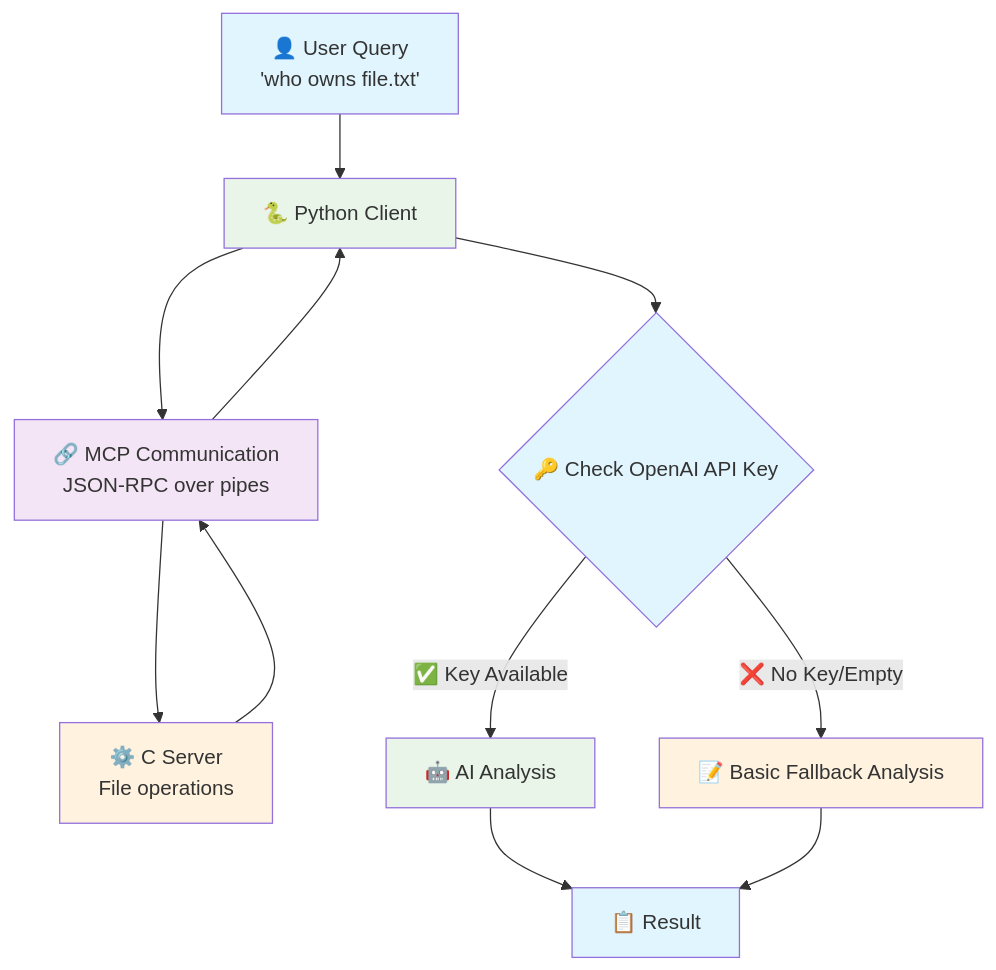
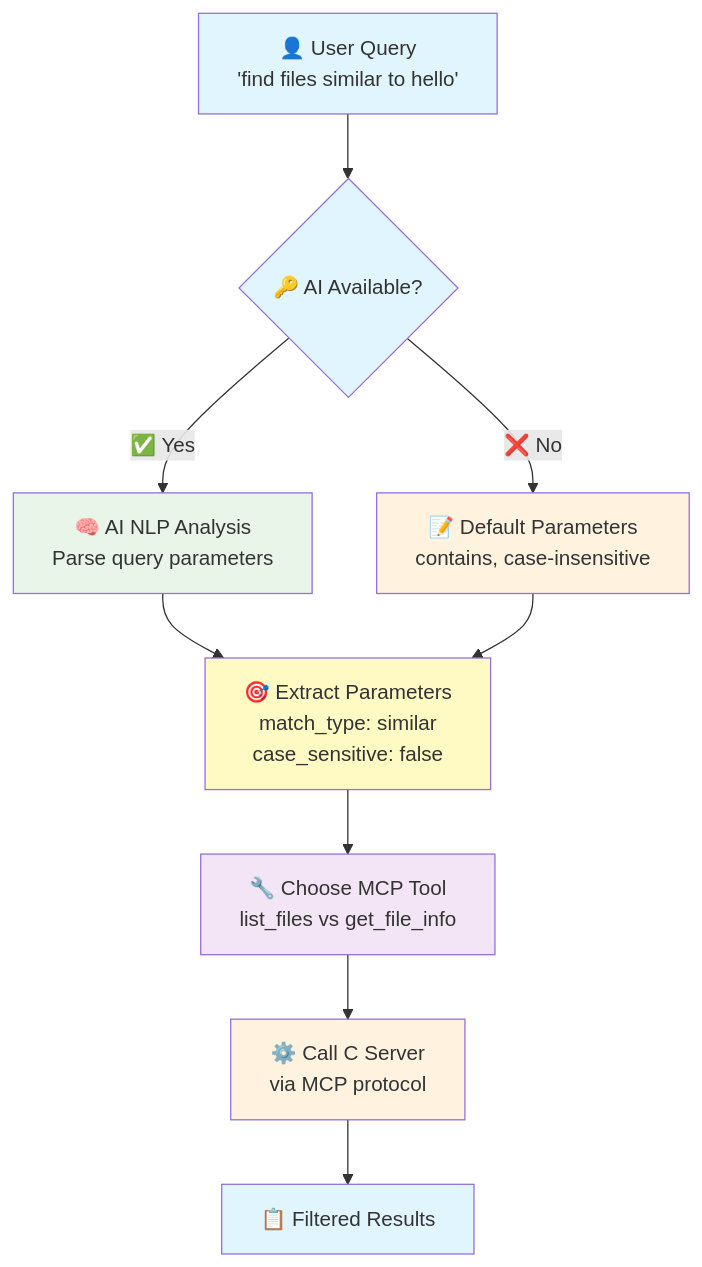
One commit to engmohamedsalah/FileSavantAI changed the first of 2 diagrams in README.md. Above: the diagram before and after it, drawn with Mermaid. The commit also changed other lines of this file, not shown here.

Commit message:
Simplify diagrams to focus on AI's role in parameter detection and MCP tool selection - Added clearer subgraphs for AI vs Basic analysis flows - Simplified the data flow to highlight core AI functionality - Updated documentation to match simplified diagrams

````diff
--- a/README.md
+++ b/README.md
@@ -364,28 +364,25 @@
 ```mermaid
 graph TD
-    A["👤 User Query<br/>'who owns file.txt'"] --> B["🐍 Python Client"]
+    A["👤 User Query<br/>'find files similar to hello'"] --> B{"🔑 AI Available?"}
     
-    B --> C["🔗 MCP Communication<br/>JSON-RPC over pipes"]
+    B -->|"✅ Yes"| C["🧠 AI NLP Analysis<br/>Parse query parameters"]
+    B -->|"❌ No"| D["📝 Default Parameters<br/>contains, case-insensitive"]
     
-    C --> D["⚙️ C Server<br/>File operations"]
+    C --> E["🎯 Extract Parameters<br/>match_type: similar<br/>case_sensitive: false"]
+    D --> E
     
-    D --> C
-    C --> B
+    E --> F["🔧 Choose MCP Tool<br/>list_files vs get_file_info"]
     
-    B --> E{"🔑 Check OpenAI API Key"}
+    F --> G["⚙️ Call C Server<br/>via MCP protocol"]
     
-    E -->|"✅ Key Available"| F["🤖 AI Analysis"]
-    E -->|"❌ No Key/Empty"| G["📝 Basic Fallback Analysis"]
-    
-    F --> H["📋 Result"]
-    G --> H
+    G --> H["📋 Filtered Results"]
     
     style A fill:#e1f5fe
-    style B fill:#e8f5e8
-    style C fill:#f3e5f5
+    style B fill:#e1f5fe
+    style C fill:#e8f5e8
     style D fill:#fff3e0
-    style E fill:#e1f5fe
-    style F fill:#e8f5e8
+    style E fill:#fff9c4
+    style F fill:#f3e5f5
     style G fill:#fff3e0
     style H fill:#e1f5fe
 ```
````
